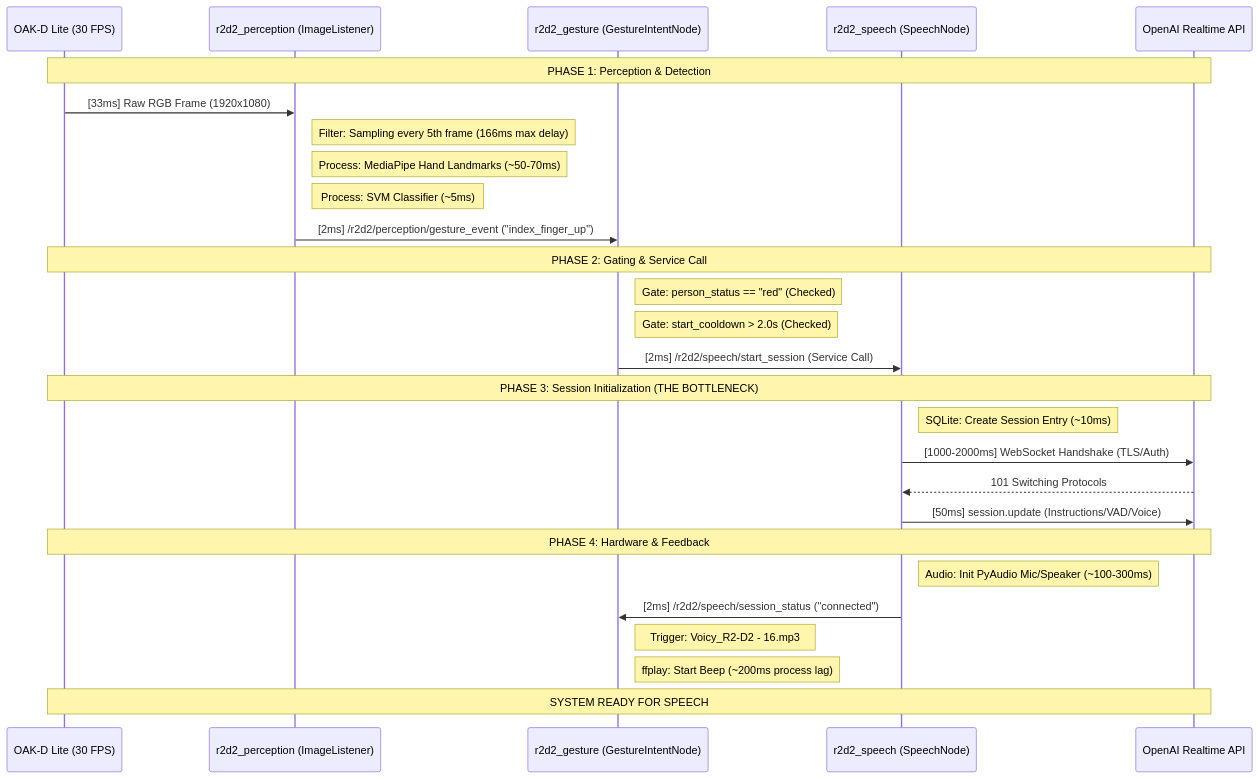
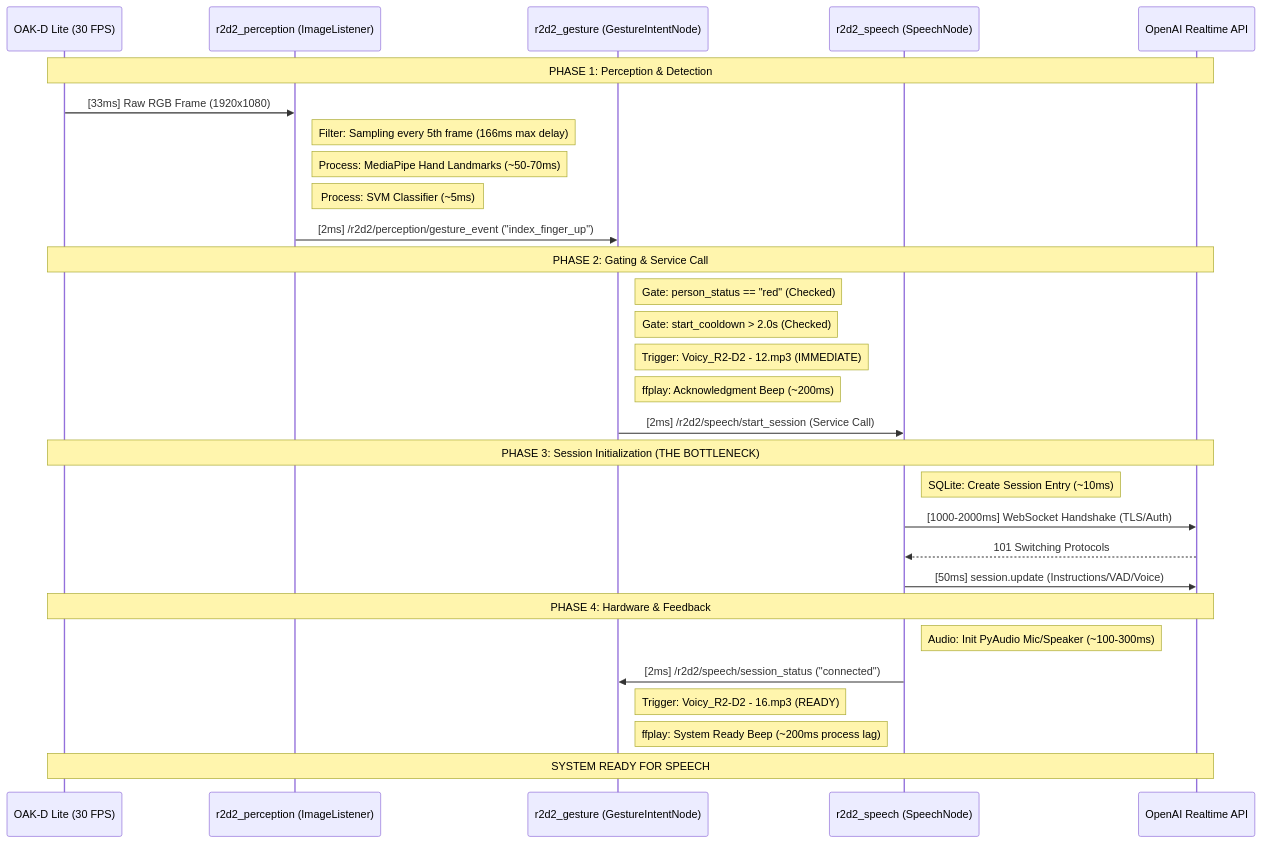
Before and after one commit to severinleuenberger/R2D2-as-real-AI-companion: the diagram in _temp/START_SEQUENCE_ANALYSIS.md, drawn with Mermaid. The commit also changed other lines of this file and 10 other files, not shown here.

First line of the commit message:
feat: optimize speech start latency with warm-start connection and dual-beep feedback

````diff
--- a/_temp/START_SEQUENCE_ANALYSIS.md
+++ b/_temp/START_SEQUENCE_ANALYSIS.md
@@ -8,33 +8,35 @@
 ```mermaid
 sequenceDiagram
     participant Cam as OAK-D Lite (30 FPS)
     participant Perc as r2d2_perception (ImageListener)
     participant Gest as r2d2_gesture (GestureIntentNode)
     participant Speech as r2d2_speech (SpeechNode)
     participant OpenAI as OpenAI Realtime API
 
     Note over Cam, OpenAI: PHASE 1: Perception & Detection
     Cam->>Perc: [33ms] Raw RGB Frame (1920x1080)
     Note right of Perc: Filter: Sampling every 5th frame (166ms max delay)
     Note right of Perc: Process: MediaPipe Hand Landmarks (~50-70ms)
     Note right of Perc: Process: SVM Classifier (~5ms)
     Perc->>Gest: [2ms] /r2d2/perception/gesture_event ("index_finger_up")
 
     Note over Cam, OpenAI: PHASE 2: Gating & Service Call
     Note right of Gest: Gate: person_status == "red" (Checked)
     Note right of Gest: Gate: start_cooldown > 2.0s (Checked)
+    Note right of Gest: Trigger: Voicy_R2-D2 - 12.mp3 (IMMEDIATE)
+    Note right of Gest: ffplay: Acknowledgment Beep (~200ms)
     Gest->>Speech: [2ms] /r2d2/speech/start_session (Service Call)
 
     Note over Cam, OpenAI: PHASE 3: Session Initialization (THE BOTTLENECK)
     Note right of Speech: SQLite: Create Session Entry (~10ms)
     Speech->>OpenAI: [1000-2000ms] WebSocket Handshake (TLS/Auth)
     OpenAI-->>Speech: 101 Switching Protocols
     Speech->>OpenAI: [50ms] session.update (Instructions/VAD/Voice)
     
     Note over Cam, OpenAI: PHASE 4: Hardware & Feedback
     Note right of Speech: Audio: Init PyAudio Mic/Speaker (~100-300ms)
     Speech->>Gest: [2ms] /r2d2/speech/session_status ("connected")
-    Note right of Gest: Trigger: Voicy_R2-D2 - 16.mp3
-    Note right of Gest: ffplay: Start Beep (~200ms process lag)
+    Note right of Gest: Trigger: Voicy_R2-D2 - 16.mp3 (READY)
+    Note right of Gest: ffplay: System Ready Beep (~200ms process lag)
     Note over Cam, OpenAI: SYSTEM READY FOR SPEECH
 ```
````
